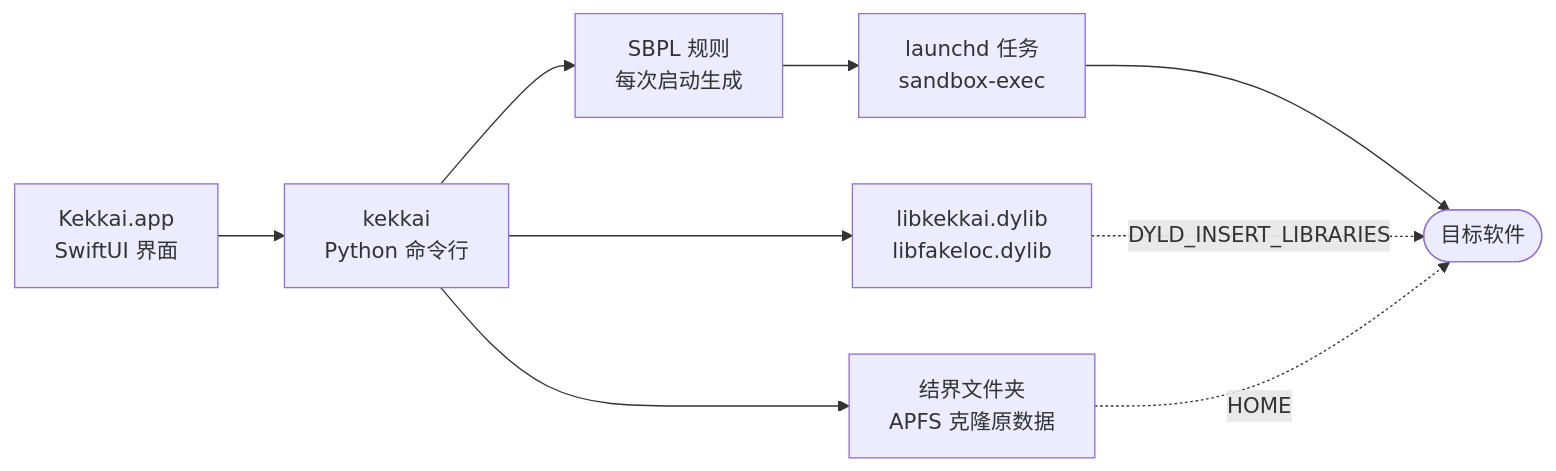
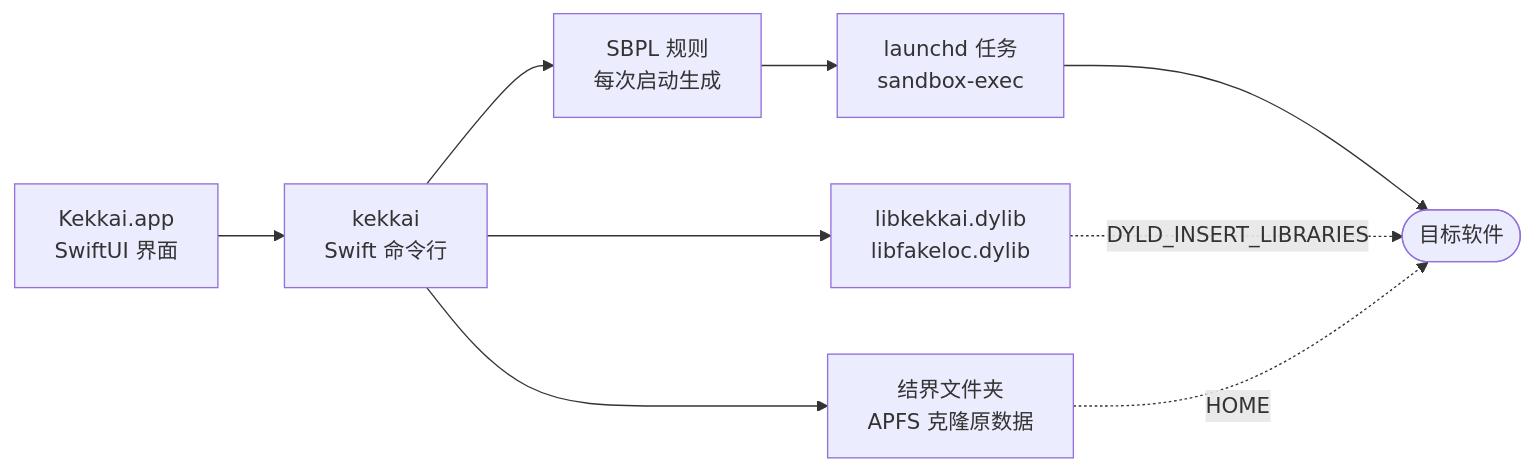
The diagram in README.zh-CN.md (WJSGZZ/Kekkai), drawn with Mermaid before and after one commit. The commit also changed other lines of this file and 11 other files, not shown here.

````diff
--- a/README.zh-CN.md
+++ b/README.zh-CN.md
@@ -40,11 +73,11 @@
 ```mermaid
 flowchart LR
-    UI["Kekkai.app<br/>SwiftUI 界面"] --> CLI["kekkai<br/>Python 命令行"]
+    UI["Kekkai.app<br/>SwiftUI 界面"] --> CLI["kekkai<br/>Swift 命令行"]
     CLI --> SBPL["SBPL 规则<br/>每次启动生成"]
     CLI --> SPACE["结界文件夹<br/>APFS 克隆原数据"]
     CLI --> LIB["libkekkai.dylib<br/>libfakeloc.dylib"]
     SBPL --> SE["launchd 任务<br/>sandbox-exec"]
     SE --> APP(["目标软件"])
     LIB -.->|DYLD_INSERT_LIBRARIES| APP
     SPACE -.->|HOME| APP
 ```
````
